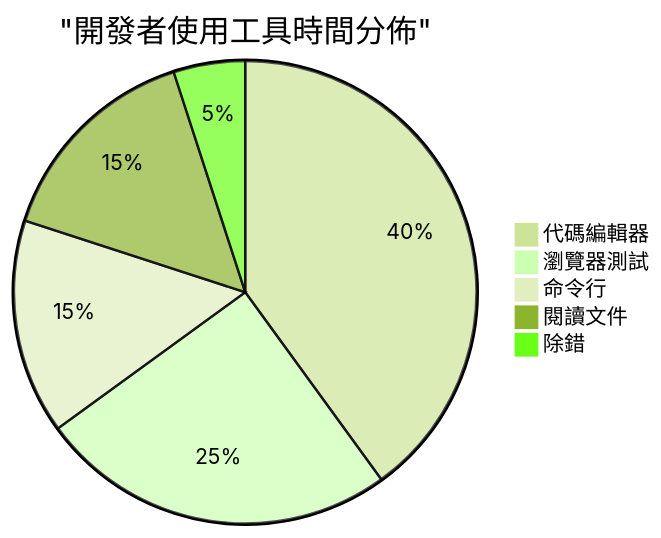
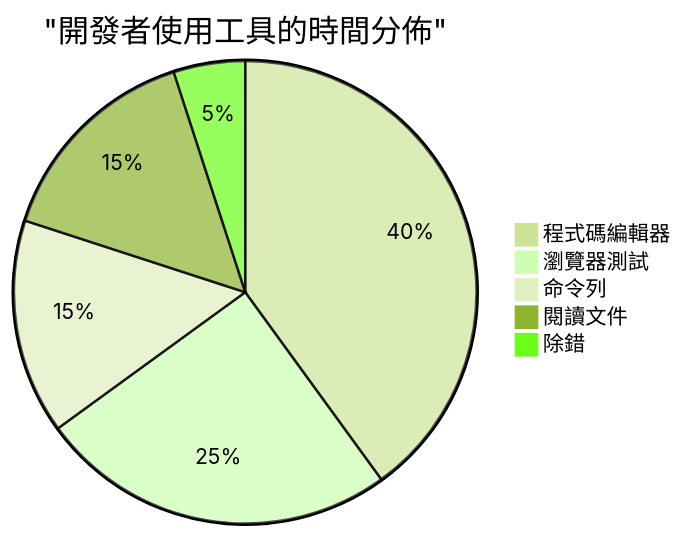
The sixth of 7 diagrams in translations/zh-HK/1-getting-started-lessons/1-intro-to-programming-languages/README.md (microsoft/Web-Dev-For-Beginners), drawn with Mermaid (forest theme) before and after one commit. The commit also changed other lines of this file and 8 other files, not shown here.

````diff
--- a/translations/zh-HK/1-getting-started-lessons/1-intro-to-programming-languages/README.md
+++ b/translations/zh-HK/1-getting-started-lessons/1-intro-to-programming-languages/README.md
@@ -711,8 +711,8 @@
 ```mermaid
-pie title "開發者使用工具時間分佈"
-    "代碼編輯器" : 40
+pie title "開發者使用工具的時間分佈"
+    "程式碼編輯器" : 40
     "瀏覽器測試" : 25
-    "命令行" : 15
+    "命令列" : 15
     "閱讀文件" : 15
     "除錯" : 5
 ```
````
